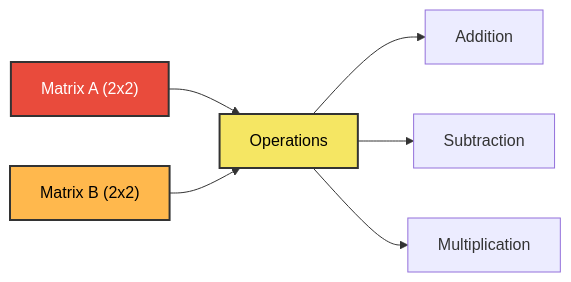
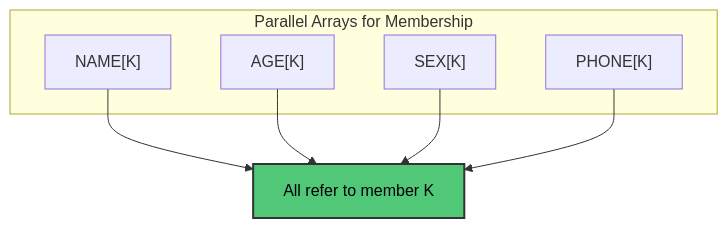
One commit to M-F-Tushar/CSE-2101-Data-Structure changed diagram 35 of 39 in Chapter 4 - Arrays, Records and Pointers/README.md. Above: the diagram before and after it, drawn with Mermaid. The commit also changed other lines of this file, not shown here.

````diff
--- a/Chapter 4 - Arrays, Records and Pointers/README.md
+++ b/Chapter 4 - Arrays, Records and Pointers/README.md
@@ -1747,12 +1204,18 @@
 ```mermaid
-graph LR
-    A["Matrix A (2x2)"] --> C["Operations"]
-    B["Matrix B (2x2)"] --> C
-    C --> D["Addition"]
-    C --> E["Subtraction"]
-    C --> F["Multiplication"]
+graph TD
+    subgraph "Parallel Arrays for Membership"
+        N["NAME[K]"]
+        A["AGE[K]"]
+        S["SEX[K]"]
+        P["PHONE[K]"]
+    end
     
-    style A fill:#E94B3C,stroke:#333,stroke-width:2px,color:#fff
-    style B fill:#FFB84D,stroke:#333,stroke-width:2px,color:#000
-    style C fill:#F5E663,stroke:#333,stroke-width:2px,color:#000
+    E["All refer to member K"]
+    
+    N --> E
+    A --> E
+    S --> E
+    P --> E
+    
+    style E fill:#50C878,stroke:#333,stroke-width:2px,color:#000
 ```
````
